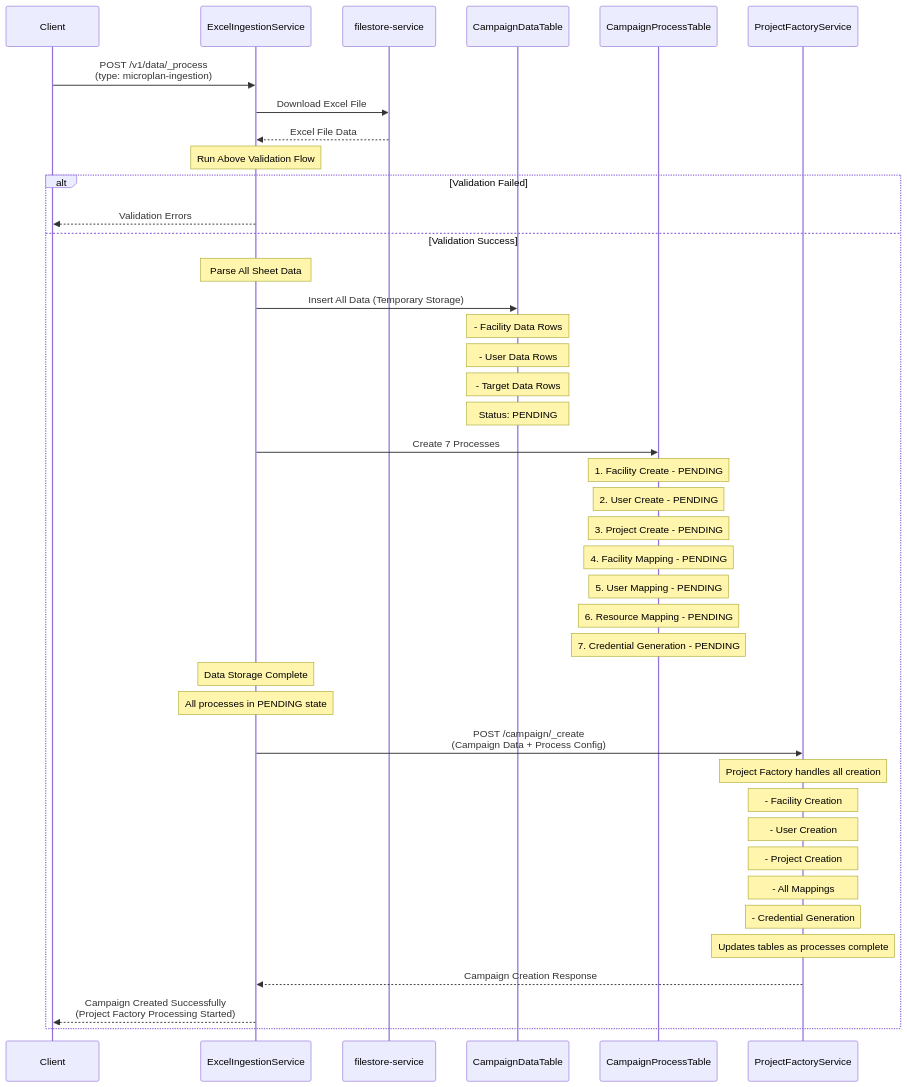
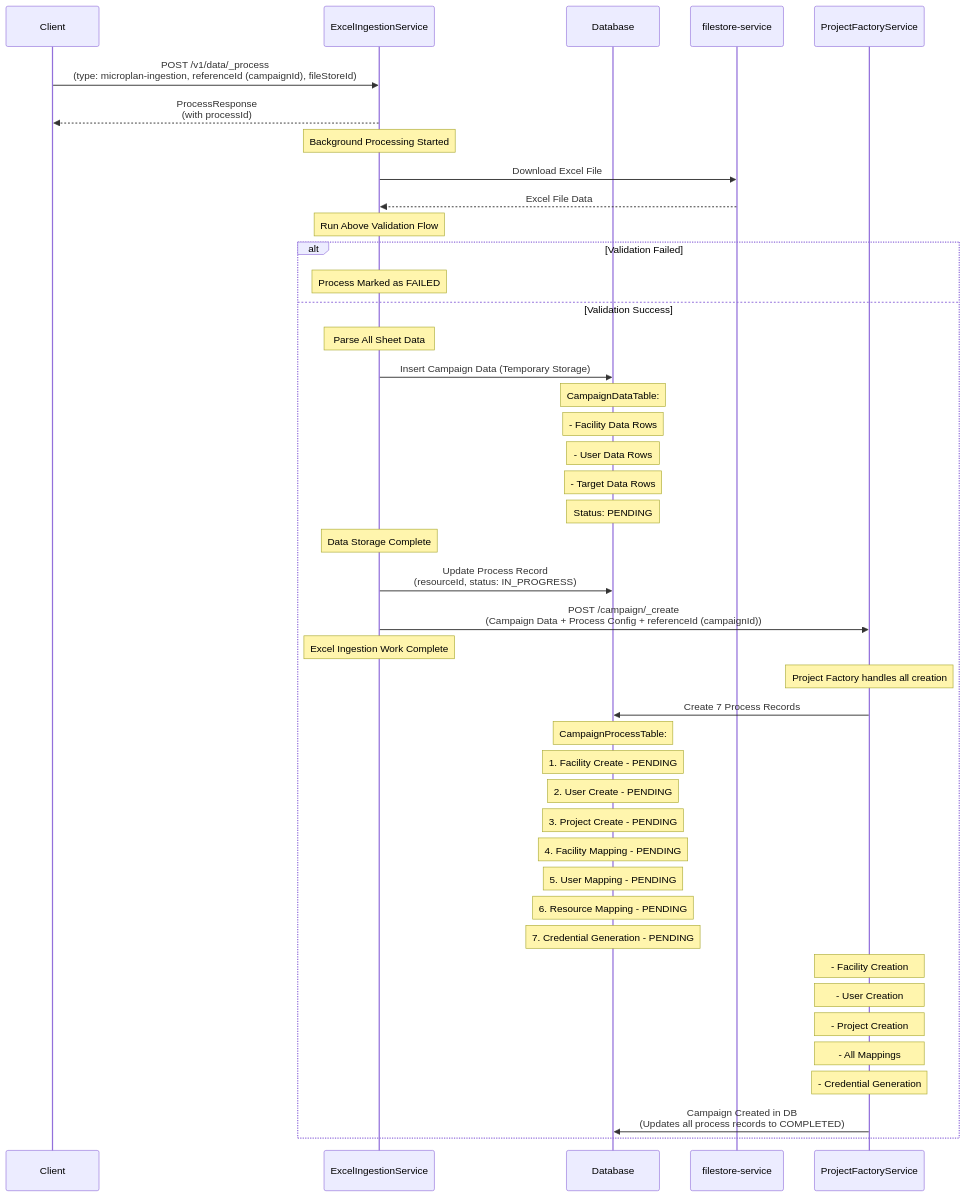
Before and after one commit to ashish-egov/campaign-whole-sheet-ingestion: the third of 5 diagrams in DESIGN.md, drawn with Mermaid. The commit also changed other lines of this file, not shown here.

````diff
--- a/DESIGN.md
+++ b/DESIGN.md
@@ -72,55 +89,59 @@
 ```mermaid
 sequenceDiagram
     participant Client
     participant ExcelIngestionService
+    participant Database
     participant filestore-service
-    participant CampaignDataTable
-    participant CampaignProcessTable
     participant ProjectFactoryService
     
-    Client->>ExcelIngestionService: POST /v1/data/_process<br/>(type: microplan-ingestion)
+    Client->>ExcelIngestionService: POST /v1/data/_process<br/>(type: microplan-ingestion, referenceId (campaignId), fileStoreId)
+    
+    ExcelIngestionService-->>Client: ProcessResponse<br/>(with processId)
+    
+    Note over ExcelIngestionService: Background Processing Started
     
     ExcelIngestionService->>filestore-service: Download Excel File
     filestore-service-->>ExcelIngestionService: Excel File Data
     
     Note over ExcelIngestionService: Run Above Validation Flow
     
     alt Validation Failed
-        ExcelIngestionService-->>Client: Validation Errors
+        Note over ExcelIngestionService: Process Marked as FAILED
     else Validation Success
     
         Note over ExcelIngestionService: Parse All Sheet Data
         
-        ExcelIngestionService->>CampaignDataTable: Insert All Data (Temporary Storage)
-        Note over CampaignDataTable: - Facility Data Rows
-        Note over CampaignDataTable: - User Data Rows  
-        Note over CampaignDataTable: - Target Data Rows
-        Note over CampaignDataTable: Status: PENDING
-        
-        ExcelIngestionService->>CampaignProcessTable: Create 7 Processes
-        Note over CampaignProcessTable: 1. Facility Create - PENDING
-        Note over CampaignProcessTable: 2. User Create - PENDING
-        Note over CampaignProcessTable: 3. Project Create - PENDING
-        Note over CampaignProcessTable: 4. Facility Mapping - PENDING
-        Note over CampaignProcessTable: 5. User Mapping - PENDING
-        Note over CampaignProcessTable: 6. Resource Mapping - PENDING
-        Note over CampaignProcessTable: 7. Credential Generation - PENDING
+        ExcelIngestionService->>Database: Insert Campaign Data (Temporary Storage)
+        Note over Database: CampaignDataTable:
+        Note over Database: - Facility Data Rows
+        Note over Database: - User Data Rows  
+        Note over Database: - Target Data Rows
+        Note over Database: Status: PENDING
         
         Note over ExcelIngestionService: Data Storage Complete
-        Note over ExcelIngestionService: All processes in PENDING state
+        ExcelIngestionService->>Database: Update Process Record<br/>(resourceId, status: IN_PROGRESS)
         
-        ExcelIngestionService->>ProjectFactoryService: POST /campaign/_create<br/>(Campaign Data + Process Config)
+        ExcelIngestionService->>ProjectFactoryService: POST /campaign/_create<br/>(Campaign Data + Process Config + referenceId (campaignId))
+        
+        Note over ExcelIngestionService: Excel Ingestion Work Complete
         
         Note over ProjectFactoryService: Project Factory handles all creation
+        ProjectFactoryService->>Database: Create 7 Process Records
+        Note over Database: CampaignProcessTable:
+        Note over Database: 1. Facility Create - PENDING
+        Note over Database: 2. User Create - PENDING
+        Note over Database: 3. Project Create - PENDING
+        Note over Database: 4. Facility Mapping - PENDING
+        Note over Database: 5. User Mapping - PENDING
+        Note over Database: 6. Resource Mapping - PENDING
+        Note over Database: 7. Credential Generation - PENDING
+        
         Note over ProjectFactoryService: - Facility Creation
         Note over ProjectFactoryService: - User Creation  
         Note over ProjectFactoryService: - Project Creation
         Note over ProjectFactoryService: - All Mappings
         Note over ProjectFactoryService: - Credential Generation
-        Note over ProjectFactoryService: Updates tables as processes complete
         
-        ProjectFactoryService-->>ExcelIngestionService: Campaign Creation Response
-        
-        ExcelIngestionService-->>Client: Campaign Created Successfully<br/>(Project Factory Processing Started)
+        ProjectFactoryService->>Database: Campaign Created in DB<br/>(Updates all process records to COMPLETED)
     end
 ```
````
